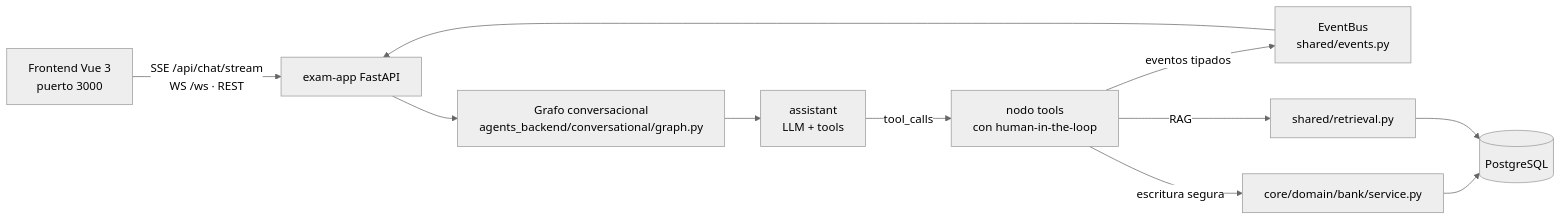
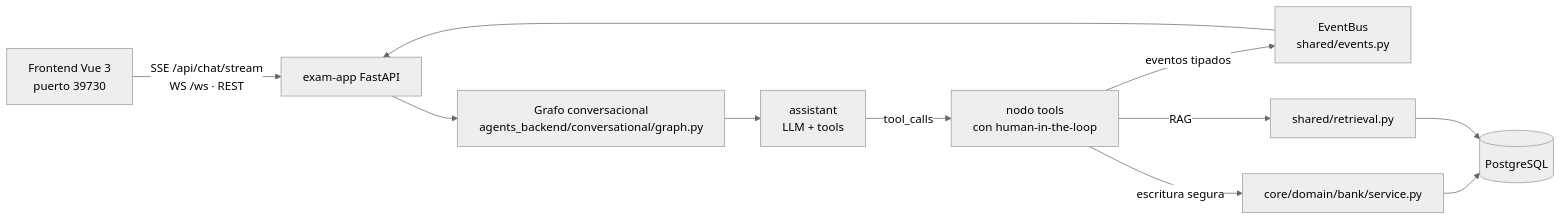
One commit to danilo-pilacuan/examgen-project changed diagram 12 of 14 in ARCHITECTURE.md. Above: the diagram before and after it, drawn with Mermaid (neutral theme). The commit also changed other lines of this file and 27 other files, not shown here.

````diff
--- a/ARCHITECTURE.md
+++ b/ARCHITECTURE.md
@@ -629,13 +629,13 @@
 ```mermaid
 graph LR
-    FE[Frontend Vue 3<br/>puerto 3000] -->|"SSE /api/chat/stream<br/>WS /ws · REST"| API[exam-app FastAPI]
+    FE[Frontend Vue 3<br/>puerto 39730] -->|"SSE /api/chat/stream<br/>WS /ws · REST"| API[exam-app FastAPI]
     API --> GR[Grafo conversacional<br/>agents_backend/conversational/graph.py]
     GR --> AS[assistant<br/>LLM + tools]
     AS -->|"tool_calls"| TOOLS[nodo tools<br/>con human-in-the-loop]
     TOOLS -->|eventos tipados| EV[EventBus<br/>shared/events.py]
     EV --> API
     TOOLS -->|"escritura segura"| BANK[core/domain/bank/service.py]
     BANK --> PG[(PostgreSQL)]
     TOOLS -->|"RAG"| RETRIEVE[shared/retrieval.py]
     RETRIEVE --> PG
 ```
````
